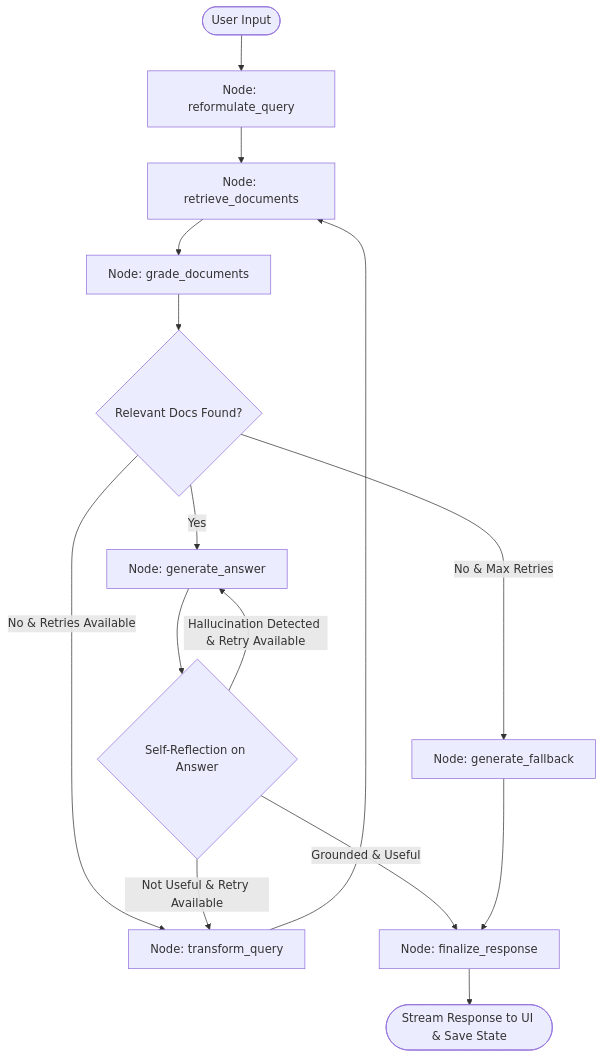
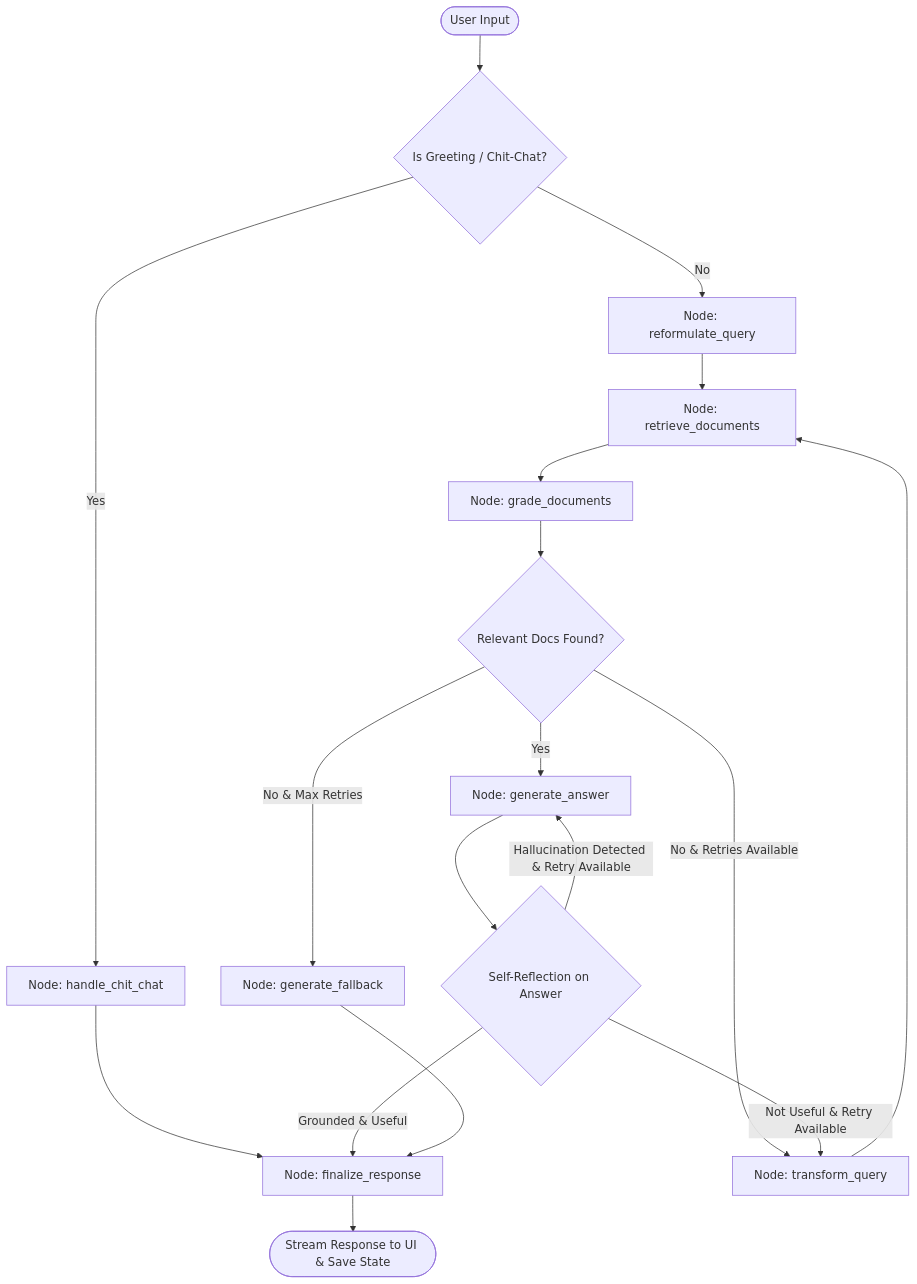
Before and after one commit to Aryanupadhyay23/conversational-pdf-rag: the diagram in README.md, drawn with Mermaid. The commit also changed other lines of this file, not shown here.

Commit message:
Update README architecture diagram and feature descriptions

````diff
--- a/README.md
+++ b/README.md
@@ -56,21 +56,26 @@
 ```mermaid
 graph TD
-    Start([User Input]) --> Reformulate[Node: reformulate_query]
+    Start([User Input]) --> Router{Is Greeting / Chit-Chat?}
+    Router -->|Yes| ChitChat[Node: handle_chit_chat]
+    Router -->|No| Reformulate[Node: reformulate_query]
+    
+    ChitChat --> FinalOutput[Node: finalize_response]
+    
     Reformulate --> Retrieve[Node: retrieve_documents]
     Retrieve --> GradeDocs[Node: grade_documents]
     
     GradeDocs --> DecisionDocs{Relevant Docs Found?}
     DecisionDocs -->|Yes| Generate[Node: generate_answer]
     DecisionDocs -->|No & Retries Available| TransformQuery[Node: transform_query]
     DecisionDocs -->|No & Max Retries| GenerateFallback[Node: generate_fallback]
     
     TransformQuery --> Retrieve
     
     Generate --> GradeGeneration{Self-Reflection on Answer}
     GradeGeneration -->|Hallucination Detected & Retry Available| Generate
     GradeGeneration -->|Not Useful & Retry Available| TransformQuery
-    GradeGeneration -->|Grounded & Useful| FinalOutput[Node: finalize_response]
+    GradeGeneration -->|Grounded & Useful| FinalOutput
     GenerateFallback --> FinalOutput
     
     FinalOutput --> End([Stream Response to UI & Save State])
 ```
````
